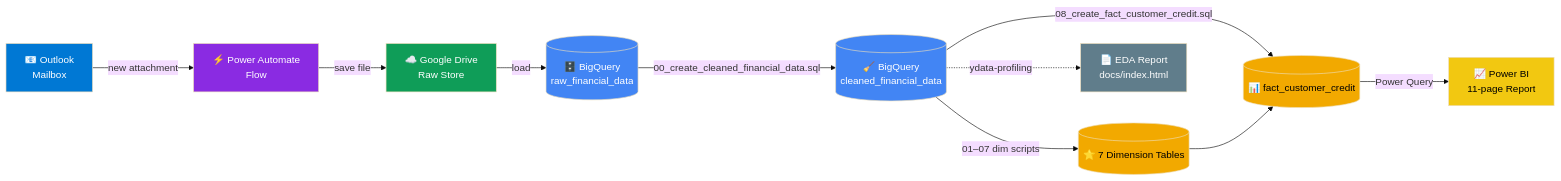
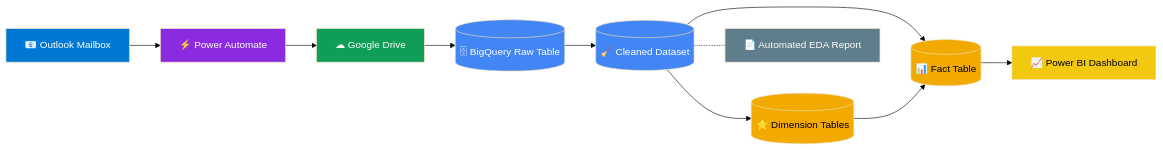
Before and after one commit to anumodit740/Financial-Credit-Risk-Analytics: the first of 2 diagrams in README.md, drawn with Mermaid (base theme). The commit also changed other lines of this file, not shown here.

````diff
--- a/README.md
+++ b/README.md
@@ -71,22 +137,49 @@
 ```mermaid
 flowchart LR
-    A[📧 Outlook<br/>Mailbox] -->|new attachment| B[⚡ Power Automate<br/>Flow]
-    B -->|save file| C[☁️ Google Drive<br/>Raw Store]
-    C -->|load| D[(🗄️ BigQuery<br/>raw_financial_data)]
-    D -->|00_create_cleaned_financial_data.sql| E[(🧹 BigQuery<br/>cleaned_financial_data)]
-    E -->|01–07 dim scripts| F[(⭐ 7 Dimension Tables)]
-    E -->|08_create_fact_customer_credit.sql| G[(📊 fact_customer_credit)]
-    F --> G
-    G -->|Power Query| H[📈 Power BI<br/>11-page Report]
-    E -.->|ydata-profiling| I[📄 EDA Report<br/>docs/index.html]
 
-    style A fill:#0078D4,color:#fff
-    style B fill:#8A2BE2,color:#fff
-    style C fill:#0F9D58,color:#fff
-    style D fill:#4285F4,color:#fff
-    style E fill:#4285F4,color:#fff
-    style F fill:#F2A900,color:#000
-    style G fill:#F2A900,color:#000
-    style H fill:#F2C811,color:#000
-    style I fill:#607D8B,color:#fff
+A[📧 Outlook Mailbox]
+-->
+B[⚡ Power Automate]
+
+B
+-->
+C[☁ Google Drive]
+
+C
+-->
+D[(🗄 BigQuery Raw Table)]
+
+D
+-->
+E[(🧹 Cleaned Dataset)]
+
+E
+-->
+F[(⭐ Dimension Tables)]
+
+E
+-->
+G[(📊 Fact Table)]
+
+F
+-->
+G
+
+G
+-->
+H[📈 Power BI Dashboard]
+
+E
+-.-
+I[📄 Automated EDA Report]
+
+style A fill:#0078D4,color:#fff
+style B fill:#8A2BE2,color:#fff
+style C fill:#0F9D58,color:#fff
+style D fill:#4285F4,color:#fff
+style E fill:#4285F4,color:#fff
+style F fill:#F2A900,color:#000
+style G fill:#F2A900,color:#000
+style H fill:#F2C811,color:#000
+style I fill:#607D8B,color:#fff
 ```
````
